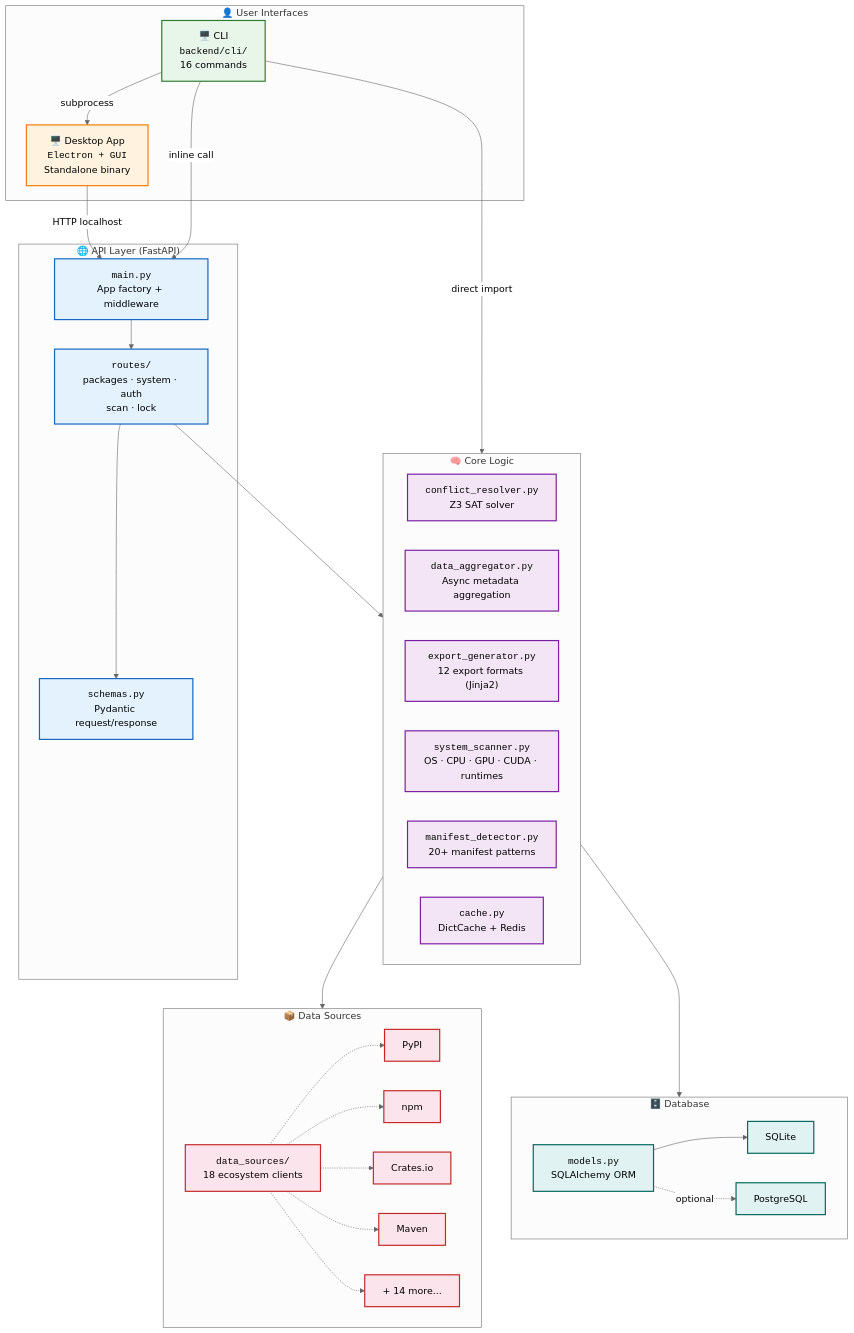
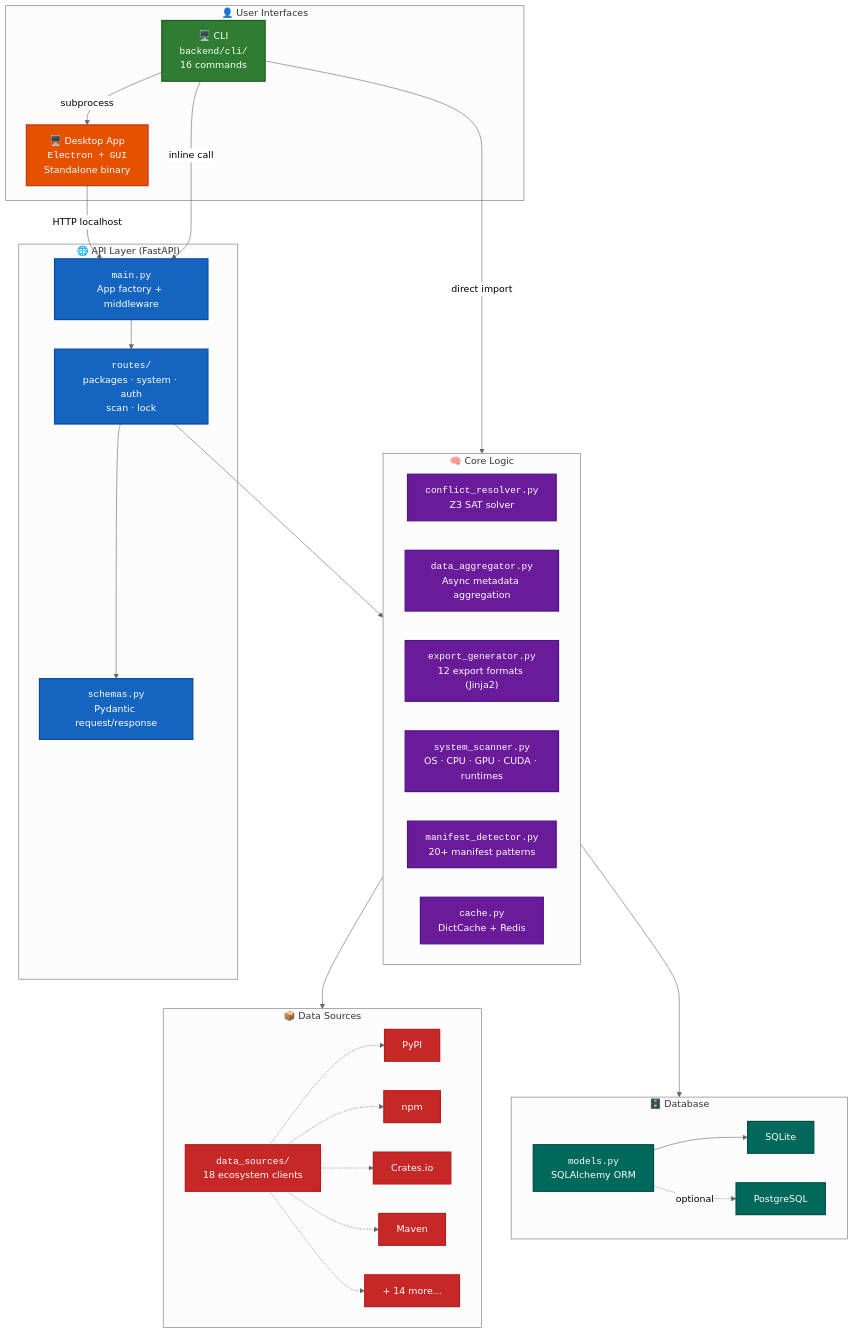
The first of 3 diagrams in docs/ARCHITECTURE.md (code-with-zeeshan/universal-dependency-resolver), drawn with Mermaid (neutral theme) before and after one commit. The commit also changed other lines of this file and 5 other files, not shown here.

````diff
--- a/docs/ARCHITECTURE.md
+++ b/docs/ARCHITECTURE.md
@@ -3,61 +3,61 @@
 ```mermaid
 graph TB
     subgraph UserLayer["👤 User Interfaces"]
         CLI["🖥️ CLI<br/><code>backend/cli/</code><br/>16 commands"]:::cli
         DESKTOP["🖥️ Desktop App<br/><code>Electron + GUI</code><br/>Standalone binary"]:::desktop
     end
 
     subgraph APILayer["🌐 API Layer (FastAPI)"]
         API_MAIN["<code>main.py</code><br/>App factory + middleware"]:::api
         ROUTES["<code>routes/</code><br/>packages · system · auth<br/>scan · lock"]:::api
         SCHEMAS["<code>schemas.py</code><br/>Pydantic request/response"]:::api
     end
 
     subgraph CoreLayer["🧠 Core Logic"]
         CR["<code>conflict_resolver.py</code><br/>Z3 SAT solver"]:::core
         DA["<code>data_aggregator.py</code><br/>Async metadata aggregation"]:::core
         EG["<code>export_generator.py</code><br/>12 export formats (Jinja2)"]:::core
         SS["<code>system_scanner.py</code><br/>OS · CPU · GPU · CUDA · runtimes"]:::core
         MD["<code>manifest_detector.py</code><br/>20+ manifest patterns"]:::core
         CACHE["<code>cache.py</code><br/>DictCache + Redis"]:::core
     end
 
     subgraph DataLayer["📦 Data Sources"]
         DS_CLIENTS["<code>data_sources/</code><br/>18 ecosystem clients"]:::data
         PYPI["PyPI"]:::data
         NPM["npm"]:::data
         CRATES["Crates.io"]:::data
         MAVEN["Maven"]:::data
         MORE["+ 14 more..."]:::data
     end
 
     subgraph DBLayer["🗄️ Database"]
         MODELS["<code>models.py</code><br/>SQLAlchemy ORM"]:::db
         SQLITE["SQLite"]:::db
         PG["PostgreSQL"]:::db
     end
 
     CLI -->|"subprocess"| DESKTOP
     DESKTOP -->|"HTTP localhost"| API_MAIN
     CLI -->|"inline call"| API_MAIN
     CLI -->|"direct import"| CoreLayer
     API_MAIN --> ROUTES
     ROUTES --> SCHEMAS
     ROUTES --> CoreLayer
     CoreLayer --> DataLayer
     CoreLayer --> DBLayer
     DS_CLIENTS -.-> PYPI
     DS_CLIENTS -.-> NPM
     DS_CLIENTS -.-> CRATES
     DS_CLIENTS -.-> MAVEN
     DS_CLIENTS -.-> MORE
     MODELS --> SQLITE
     MODELS -.->|"optional"| PG
 
-    classDef cli fill:#e8f5e9,stroke:#2e7d32,stroke-width:2px
-    classDef desktop fill:#fff3e0,stroke:#f57c00,stroke-width:2px
-    classDef api fill:#e3f2fd,stroke:#1565c0,stroke-width:2px
-    classDef core fill:#f3e5f5,stroke:#7b1fa2,stroke-width:2px
-    classDef data fill:#fce4ec,stroke:#c62828,stroke-width:2px
-    classDef db fill:#e0f2f1,stroke:#00695c,stroke-width:2px
+    classDef cli fill:#2e7d32,color:#fff,stroke:#1b5e20,stroke-width:2px
+    classDef desktop fill:#e65100,color:#fff,stroke:#bf360c,stroke-width:2px
+    classDef api fill:#1565c0,color:#fff,stroke:#0d47a1,stroke-width:2px
+    classDef core fill:#6a1b9a,color:#fff,stroke:#4a148c,stroke-width:2px
+    classDef data fill:#c62828,color:#fff,stroke:#b71c1c,stroke-width:2px
+    classDef db fill:#00695c,color:#fff,stroke:#004d40,stroke-width:2px
 ```
````
